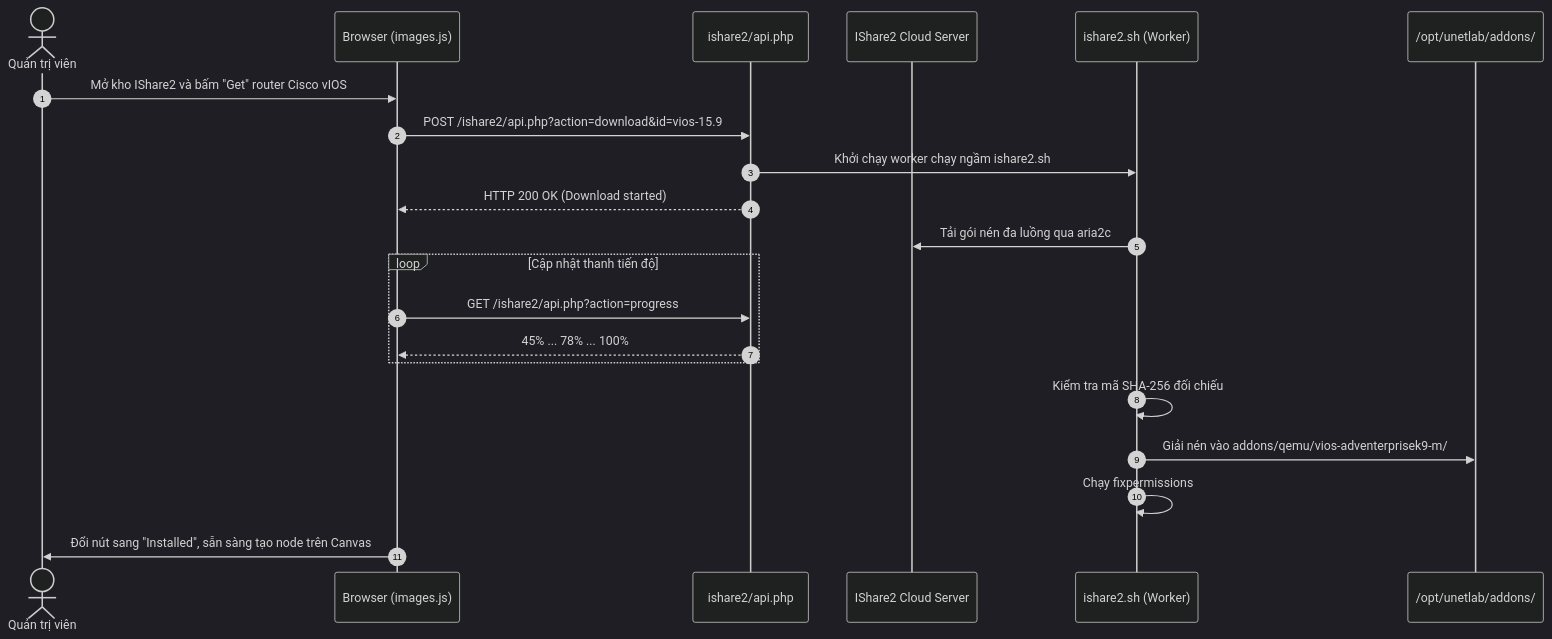
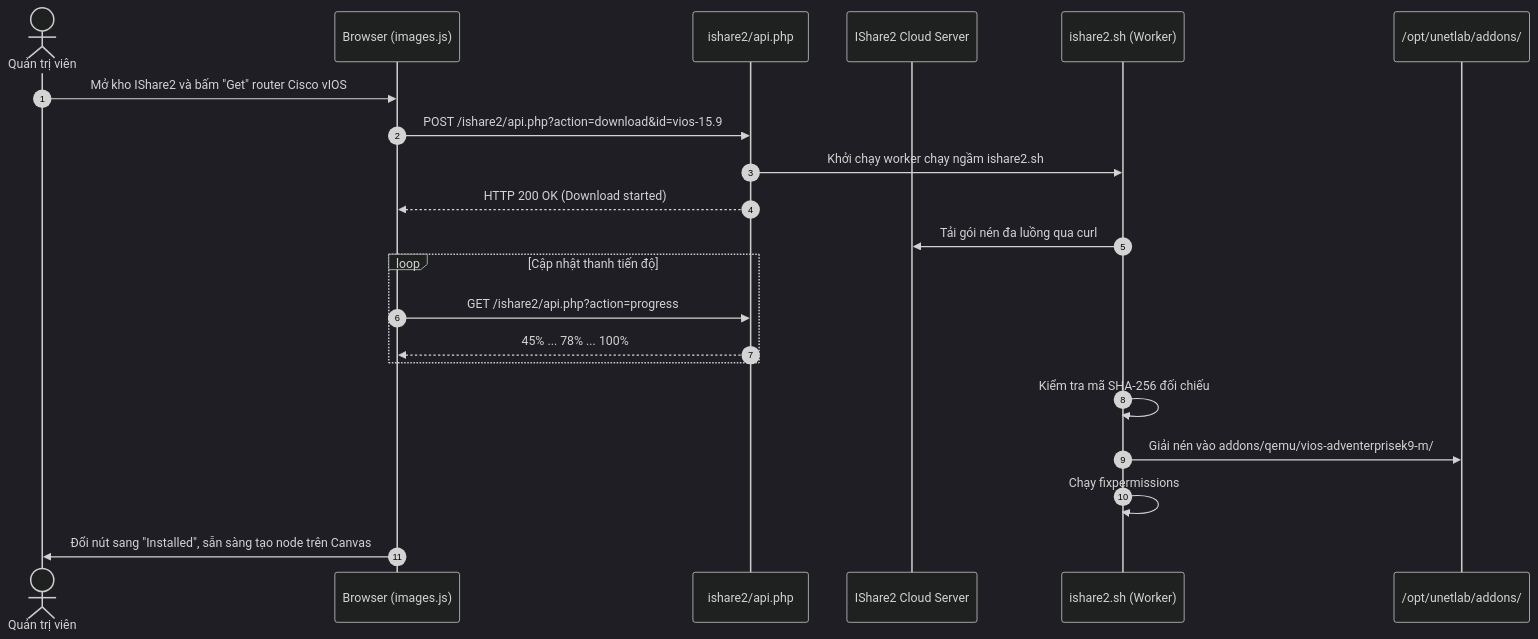
The diagram in docs/03-diagrams/f51-ishare2-cloud-store-sequence.md (Luuxinhxinh/pnet-v8), drawn with Mermaid (dark theme) before and after one commit. The commit also changed 6 other files, not shown here.

````diff
--- a/docs/03-diagrams/f51-ishare2-cloud-store-sequence.md
+++ b/docs/03-diagrams/f51-ishare2-cloud-store-sequence.md
@@ -9,24 +9,24 @@
 ```mermaid
 sequenceDiagram
     autonumber
     actor Admin as Quản trị viên
     participant UI as Browser (images.js)
     participant API as ishare2/api.php
     participant Cloud as IShare2 Cloud Server
     participant Worker as ishare2.sh (Worker)
     participant Addons as /opt/unetlab/addons/
 
     Admin->>UI: Mở kho IShare2 và bấm "Get" router Cisco vIOS
     UI->>API: POST /ishare2/api.php?action=download&id=vios-15.9
     API->>Worker: Khởi chạy worker chạy ngầm ishare2.sh
     API-->>UI: HTTP 200 OK (Download started)
-    Worker->>Cloud: Tải gói nén đa luồng qua aria2c
+    Worker->>Cloud: Tải gói nén đa luồng qua curl
     loop Cập nhật thanh tiến độ
         UI->>API: GET /ishare2/api.php?action=progress
         API-->>UI: 45% ... 78% ... 100%
     end
     Worker->>Worker: Kiểm tra mã SHA-256 đối chiếu
     Worker->>Addons: Giải nén vào addons/qemu/vios-adventerprisek9-m/
     Worker->>Worker: Chạy fixpermissions
     UI->>Admin: Đổi nút sang "Installed", sẵn sàng tạo node trên Canvas
 ```
````
